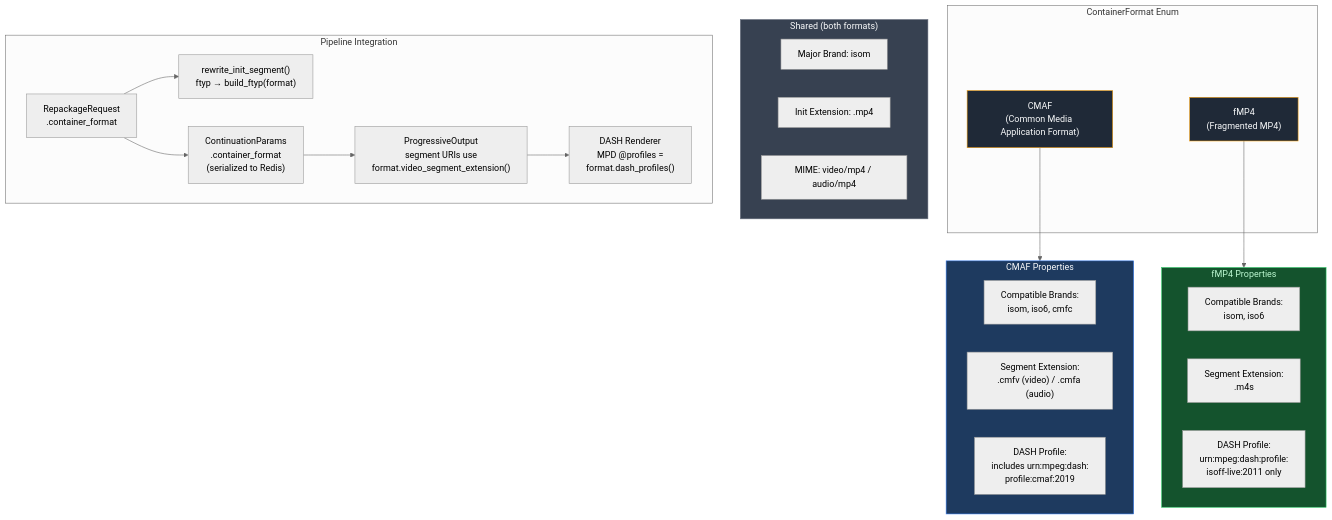
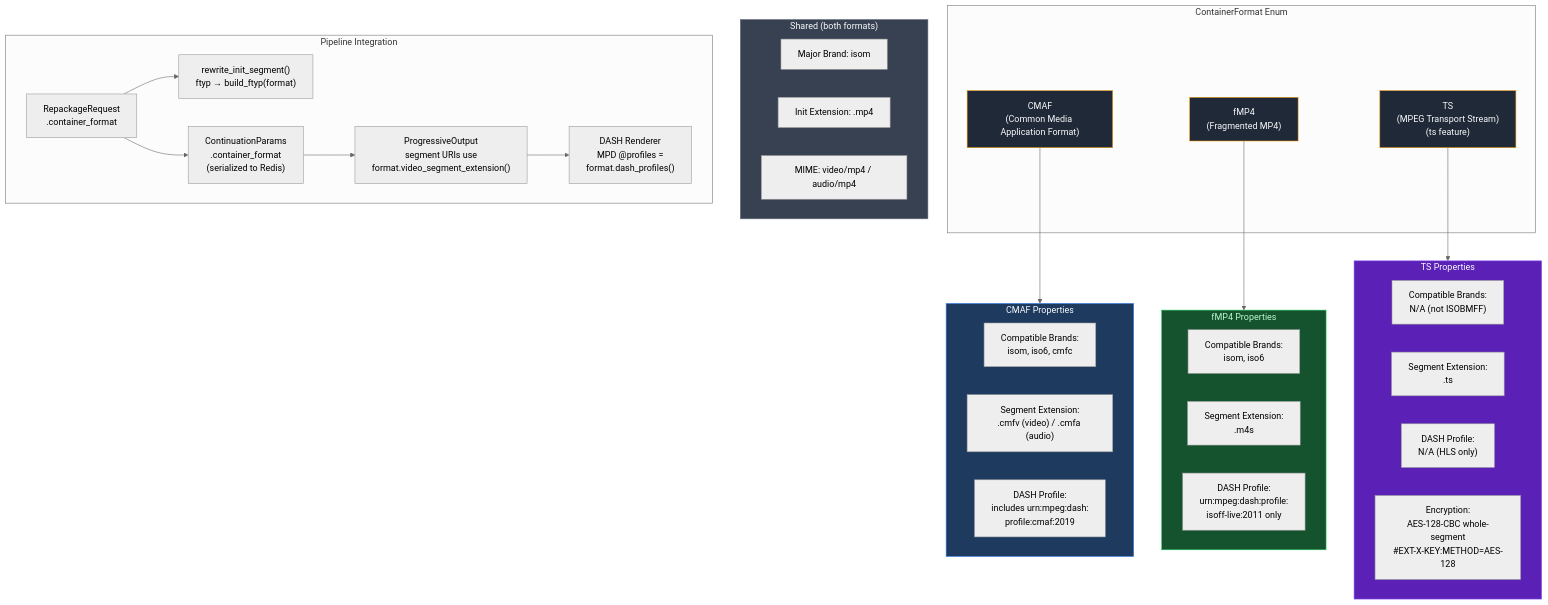
Diagram 11 of 11 in docs/architecture.md (adrums86/edgepack), drawn with Mermaid (neutral theme) before and after one commit. The commit also changed other lines of this file and 4 other files, not shown here.

````diff
--- a/docs/architecture.md
+++ b/docs/architecture.md
@@ -614,47 +625,57 @@
 ```mermaid
 graph TB
     subgraph ContainerFormat["ContainerFormat Enum"]
         CMAF["CMAF<br/>(Common Media Application Format)"]
         FMP4["fMP4<br/>(Fragmented MP4)"]
+        TS["TS<br/>(MPEG Transport Stream)<br/>(ts feature)"]
     end
 
     subgraph CMAF_Props["CMAF Properties"]
         style CMAF_Props fill:#1E3A5F,stroke:#3B82F6,color:#F9FAFB
         CMAF_Brands["Compatible Brands:<br/>isom, iso6, cmfc"]
         CMAF_SegExt["Segment Extension:<br/>.cmfv (video) / .cmfa (audio)"]
         CMAF_Profile["DASH Profile:<br/>includes urn:mpeg:dash:<br/>profile:cmaf:2019"]
     end
 
     subgraph FMP4_Props["fMP4 Properties"]
         style FMP4_Props fill:#14532D,stroke:#22C55E,color:#BBF7D0
         FMP4_Brands["Compatible Brands:<br/>isom, iso6"]
         FMP4_SegExt["Segment Extension:<br/>.m4s"]
         FMP4_Profile["DASH Profile:<br/>urn:mpeg:dash:profile:<br/>isoff-live:2011 only"]
     end
 
     subgraph Shared["Shared (both formats)"]
         style Shared fill:#374151,stroke:#6B7280,color:#F9FAFB
         MajorBrand["Major Brand: isom"]
         InitExt["Init Extension: .mp4"]
         MIME["MIME: video/mp4 / audio/mp4"]
     end
 
     subgraph Pipeline["Pipeline Integration"]
         Req["RepackageRequest<br/>.container_format"]
         Init["rewrite_init_segment()<br/>ftyp → build_ftyp(format)"]
         Prog["ProgressiveOutput<br/>segment URIs use<br/>format.video_segment_extension()"]
         Dash["DASH Renderer<br/>MPD @profiles =<br/>format.dash_profiles()"]
         Cont["ContinuationParams<br/>.container_format<br/>(serialized to Redis)"]
     end
 
+    subgraph TS_Props["TS Properties"]
+        style TS_Props fill:#5B21B6,stroke:#8B5CF6,color:#F9FAFB
+        TS_Brands["Compatible Brands:<br/>N/A (not ISOBMFF)"]
+        TS_SegExt["Segment Extension:<br/>.ts"]
+        TS_Profile["DASH Profile:<br/>N/A (HLS only)"]
+        TS_Enc["Encryption:<br/>AES-128-CBC whole-segment<br/>#EXT-X-KEY:METHOD=AES-128"]
+    end
+
     CMAF --> CMAF_Props
     FMP4 --> FMP4_Props
+    TS --> TS_Props
 
     Req --> Init
     Req --> Cont
     Cont --> Prog
     Prog --> Dash
 
     classDef enum fill:#1F2937,stroke:#F59E0B,color:#F9FAFB
-    class CMAF,FMP4 enum
+    class CMAF,FMP4,TS enum
 ```
````
